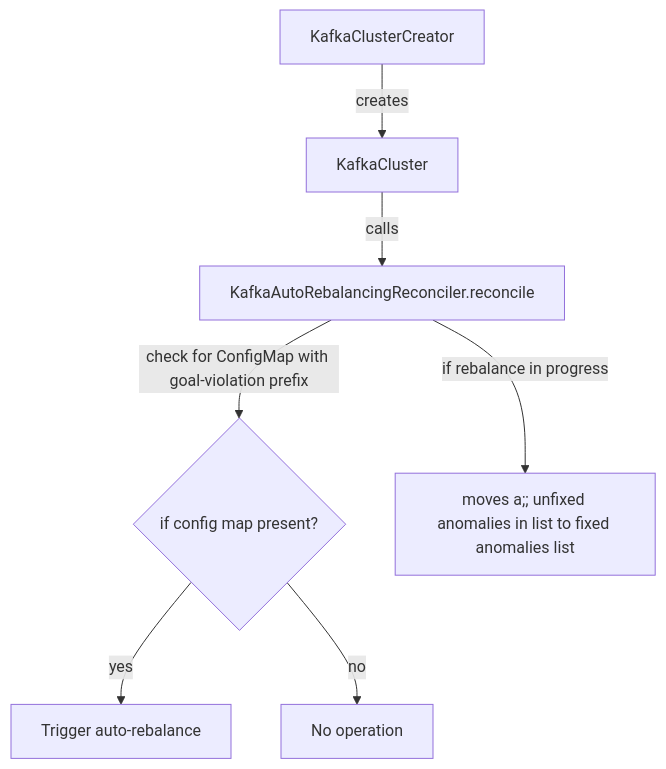
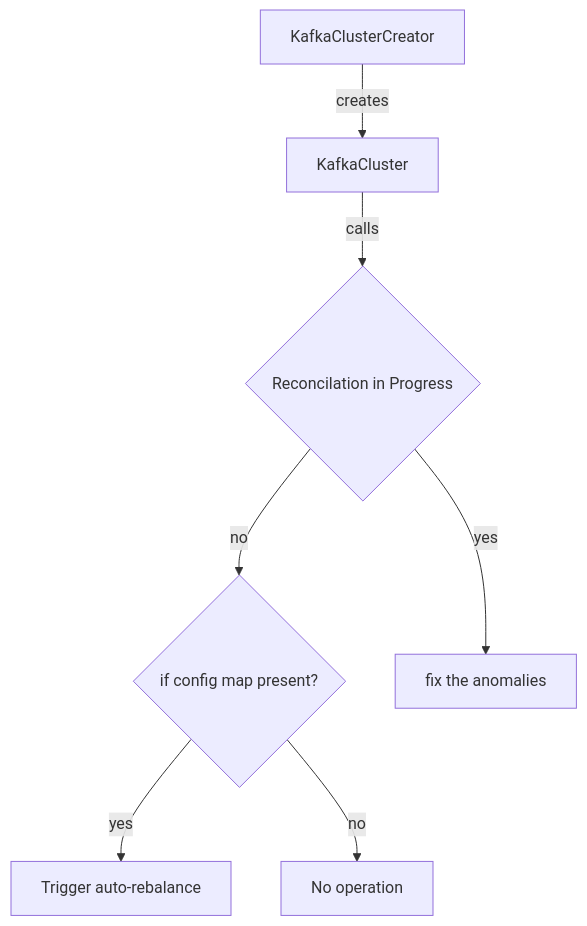
One commit to strimzi/proposals changed the fifth of 6 diagrams in 106-auto-rebalance-on-imbalanced-clusters.md. Above: the diagram before and after it, drawn with Mermaid. The commit also changed other lines of this file, not shown here.

````diff
--- a/106-auto-rebalance-on-imbalanced-clusters.md
+++ b/106-auto-rebalance-on-imbalanced-clusters.md
@@ -416,9 +461,9 @@
 ```mermaid
 flowchart TB
   A[KafkaClusterCreator] --creates--> B[KafkaCluster]
-  B -- calls --> D[KafkaAutoRebalancingReconciler.reconcile]
-  D -- check for ConfigMap with goal-violation prefix --> E{if config map present?}
-  D -- if rebalance in progress --> F[moves a;; unfixed anomalies in list to fixed anomalies list]
+  B -- calls --> D{Reconcilation in Progress}
+  D -- no --> E{if config map present?}
+  D -- yes --> F[fix the anomalies]
   E -- yes --> G[Trigger auto-rebalance]
   E -- no --> H[No operation]
 ```
````
